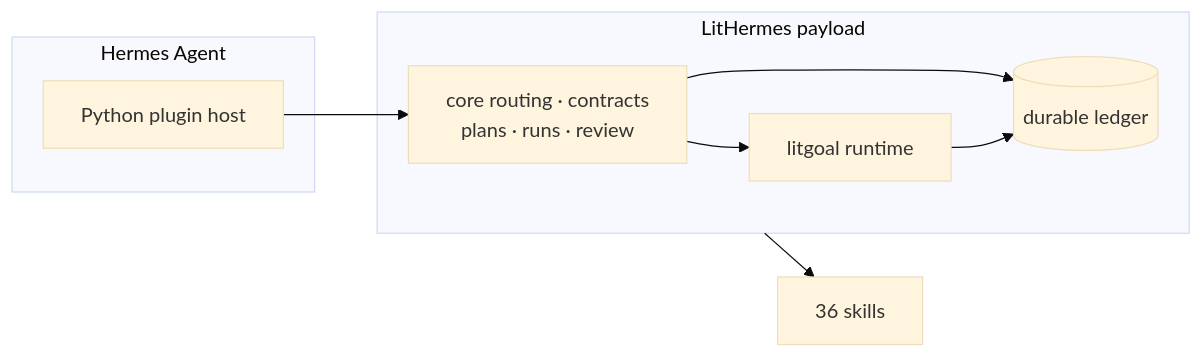
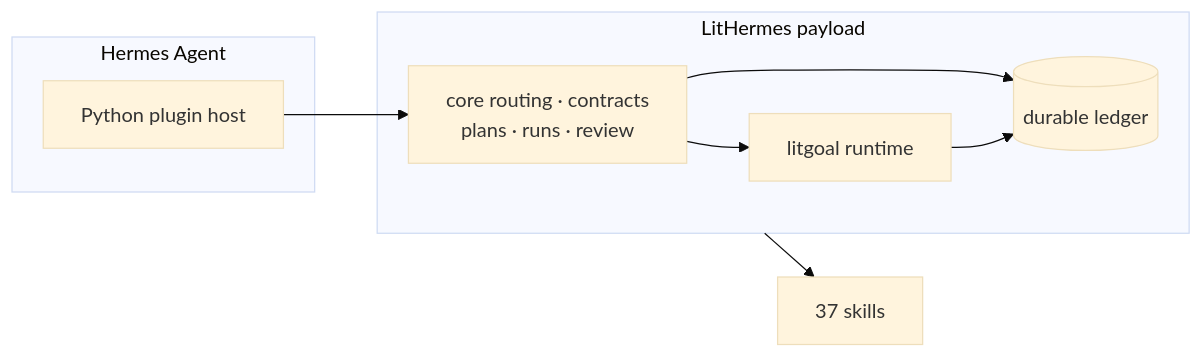
Before and after one commit to wjgoarxiv/lithermes: the second of 3 diagrams in docs/guide.ko.md, drawn with Mermaid (base theme). The commit also changed other lines of this file and 128 other files, not shown here.

````diff
--- a/docs/guide.ko.md
+++ b/docs/guide.ko.md
@@ -92,14 +92,14 @@
 ```mermaid
 flowchart LR
     subgraph HM["Hermes Agent"]
         PY["Python plugin host"]
     end
     subgraph LH["LitHermes payload"]
         CORE["core routing · contracts<br/>plans · runs · review"]
         GOAL["litgoal runtime"]
         LEDGER[("durable ledger")]
     end
     PY --> CORE --> LEDGER
     CORE --> GOAL --> LEDGER
-    LH --> S["36 skills"]
+    LH --> S["37 skills"]
 ```
````
